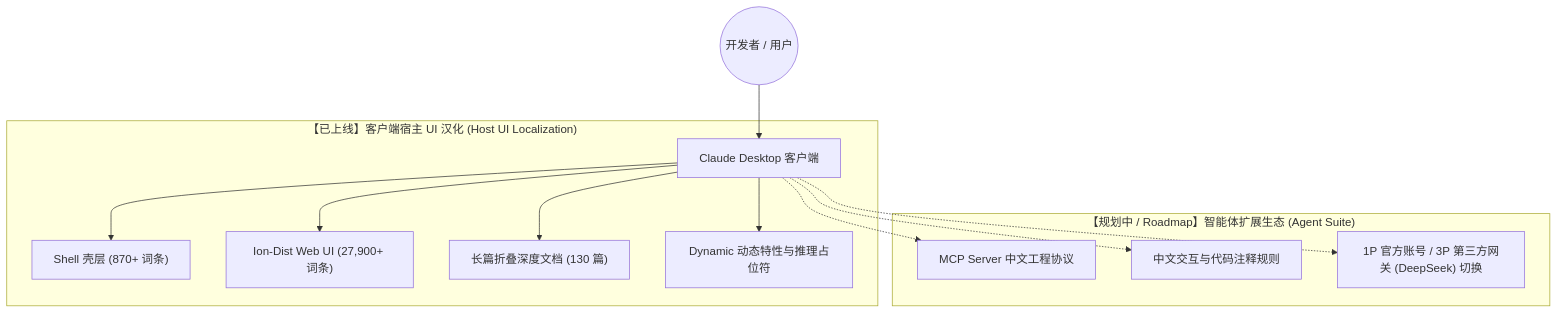
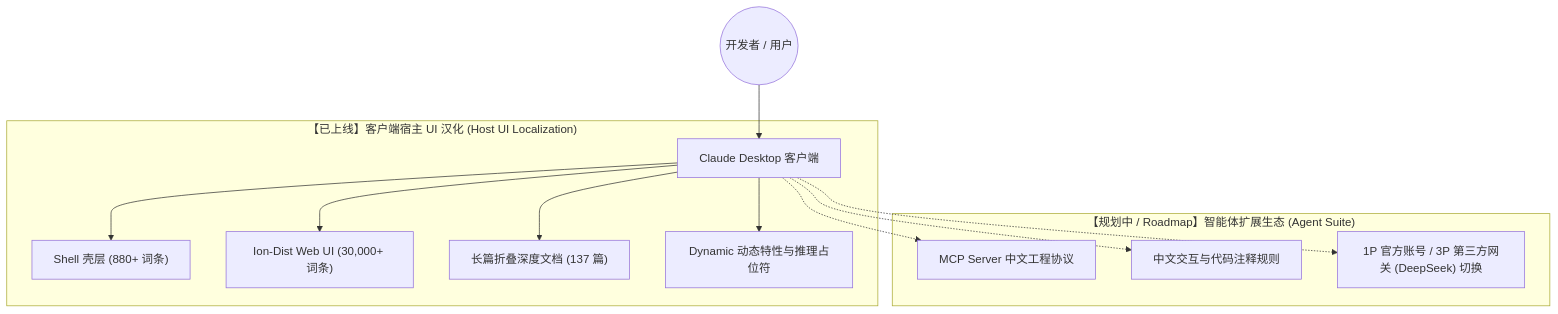
The first of 2 diagrams in README.md (yiheng8023/claude-chinese), drawn with Mermaid before and after one commit. The commit also changed other lines of this file and 10 other files, not shown here.

Commit message:
release(v1.2.70): adapt to Claude Desktop v2.16120.0.0 with 31,000+ entries, 137 long docs & 11 builtin skills zh-CN mapping

````diff
--- a/README.md
+++ b/README.md
@@ -40,17 +40,17 @@
 ```mermaid
 graph TD
     User((开发者 / 用户)) --> ClaudeApp[Claude Desktop 客户端]
     
     subgraph Mode1 ["【已上线】客户端宿主 UI 汉化 (Host UI Localization)"]
-        ClaudeApp --> ShellLayer["Shell 壳层 (870+ 词条)"]
-        ClaudeApp --> WebUILayer["Ion-Dist Web UI (27,900+ 词条)"]
-        ClaudeApp --> LongDocsLayer["长篇折叠深度文档 (130 篇)"]
+        ClaudeApp --> ShellLayer["Shell 壳层 (880+ 词条)"]
+        ClaudeApp --> WebUILayer["Ion-Dist Web UI (30,000+ 词条)"]
+        ClaudeApp --> LongDocsLayer["长篇折叠深度文档 (137 篇)"]
         ClaudeApp --> DynamicLayer["Dynamic 动态特性与推理占位符"]
     end
     
     subgraph Mode2 ["【规划中 / Roadmap】智能体扩展生态 (Agent Suite)"]
         ClaudeApp -.-> MCP["MCP Server 中文工程协议"]
         ClaudeApp -.-> Rules["中文交互与代码注释规则"]
         ClaudeApp -.-> Switcher["1P 官方账号 / 3P 第三方网关 (DeepSeek) 切换"]
     end
 ```
````
